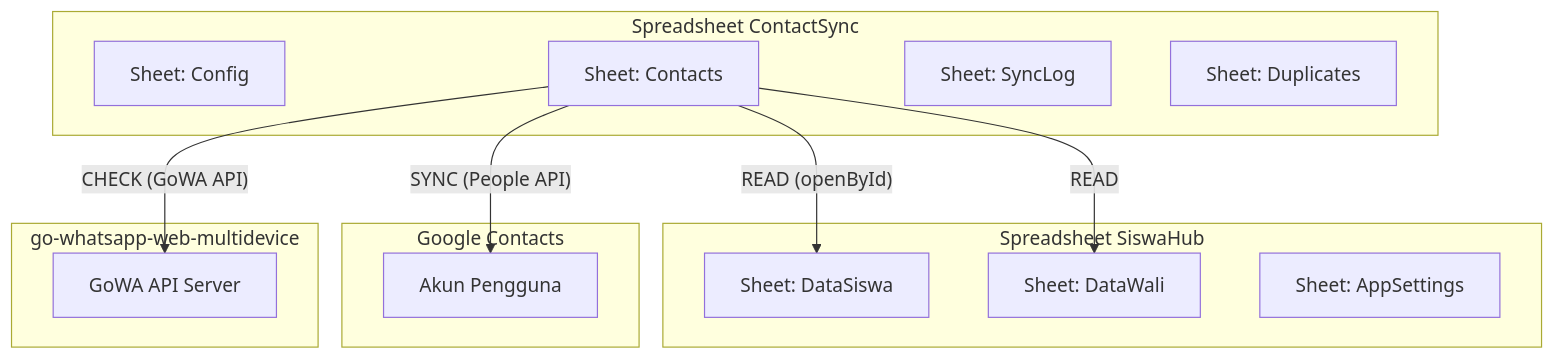
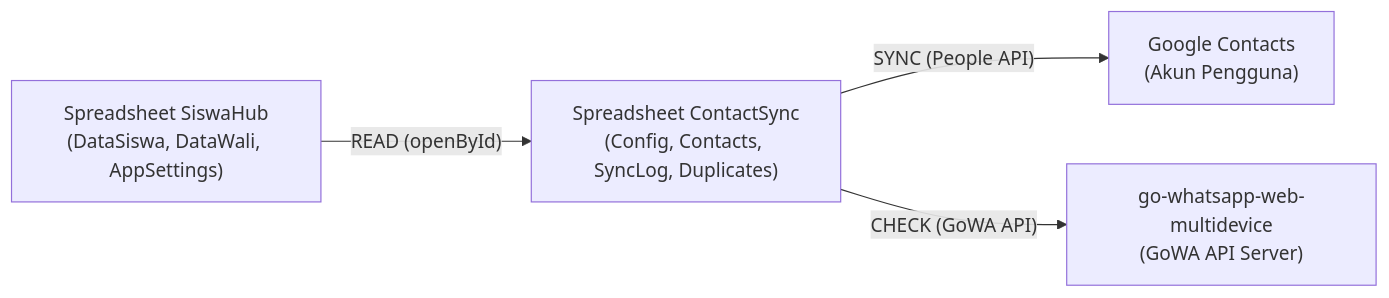
One commit to tumts/contactsync changed the diagram in README.md. Above: the diagram before and after it, drawn with Mermaid.

````diff
--- a/README.md
+++ b/README.md
@@ -9,28 +9,11 @@
 ```mermaid  
-graph TD  
-    subgraph "Spreadsheet SiswaHub"  
-        A1["Sheet: DataSiswa"]  
-        A2["Sheet: DataWali"]  
-        A3["Sheet: AppSettings"]  
-    end  
+graph LR  
+    SiswaHub["Spreadsheet SiswaHub\n(DataSiswa, DataWali, AppSettings)"]  
+    ContactSync["Spreadsheet ContactSync\n(Config, Contacts, SyncLog, Duplicates)"]  
+    GContacts["Google Contacts\n(Akun Pengguna)"]  
+    GoWA["go-whatsapp-web-multidevice\n(GoWA API Server)"]  
   
-    subgraph "Spreadsheet ContactSync"  
-        B1["Sheet: Config"]  
-        B2["Sheet: Contacts"]  
-        B3["Sheet: SyncLog"]  
-        B4["Sheet: Duplicates"]  
-    end  
-  
-    subgraph "Google Contacts"  
-        C["Akun Pengguna"]  
-    end  
-  
-    subgraph "go-whatsapp-web-multidevice"  
-        D["GoWA API Server"]  
-    end  
-  
-    B2 -->|"READ (openById)"| A1  
-    B2 -->|"READ"| A2  
-    B2 -->|"SYNC (People API)"| C  
-    B2 -->|"CHECK (GoWA API)"| D  
+    SiswaHub -->|"READ (openById)"| ContactSync  
+    ContactSync -->|"SYNC (People API)"| GContacts  
+    ContactSync -->|"CHECK (GoWA API)"| GoWA
 ```  
````
